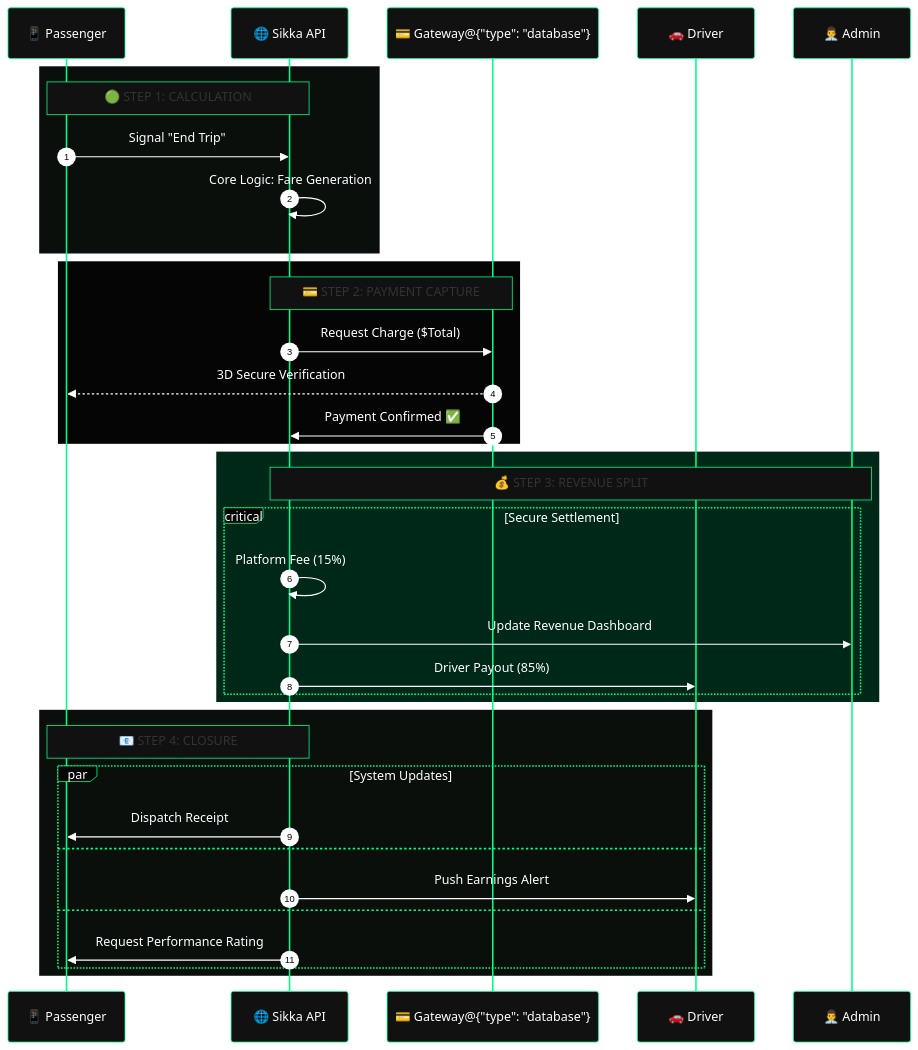
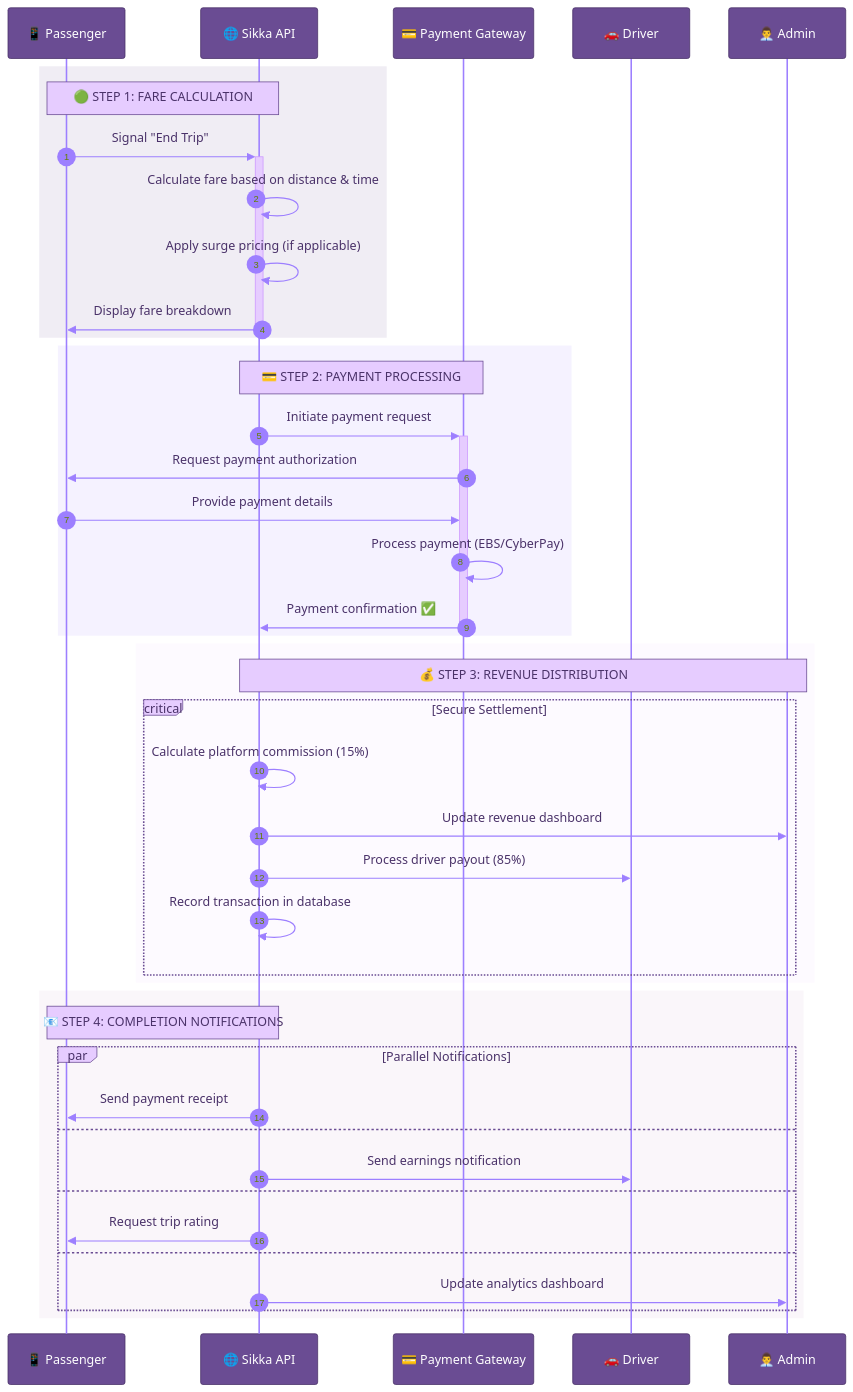
Before and after one commit to abdoElHodaky/transportapp: the third of 3 diagrams in README.md, drawn with Mermaid. The commit also changed other lines of this file and 6 other files, not shown here.

````diff
--- a/README.md
+++ b/README.md
@@ -245,71 +346,79 @@
 ```mermaid
----
-config:
-  theme: base
-  themeVariables:
-    primaryColor: "#050505"
-    primaryTextColor: "#ffffff"
-    primaryBorderColor: "#00ff88"
-    lineColor: "#00ff88"
-    secondaryColor: "#00ff88"
-    tertiaryColor: "#111111"
-    mainBkg: "#050505"
-    nodeBorder: "#00ff88"
-    actorBkg: "#111111"
-    actorBorder: "#00ff88"
-    actorTextColor: "#ffffff"
-    actorFontSize: "22px"
-    noteBkgColor: "#111111"
-    noteBorderColor: "#00ff88"
-    noteFontSize: "20px"
-    messageFontSize: "19px"
-    sequenceNumberColor: "#050505"
-    labelBoxBkgColor: "#050505"
-    labelBoxBorderColor: "#00ff88"
----
+%%{init: {
+  'theme': 'base',
+  'themeVariables': {
+    'primaryColor': '#6A4C93',
+    'primaryTextColor': '#ffffff',
+    'primaryBorderColor': '#4a3269',
+    'lineColor': '#9D7FFF',
+    'secondaryColor': '#E6CCFF',
+    'tertiaryColor': '#C8A2C8',
+    'background': '#ffffff',
+    'actorBkg': '#6A4C93',
+    'actorBorder': '#4a3269',
+    'actorTextColor': '#ffffff',
+    'actorLineColor': '#9D7FFF',
+    'signalColor': '#9D7FFF',
+    'signalTextColor': '#4a3269',
+    'labelBoxBkgColor': '#E6CCFF',
+    'labelBoxBorderColor': '#6A4C93',
+    'labelTextColor': '#4a3269',
+    'loopTextColor': '#4a3269',
+    'noteBkgColor': '#E6CCFF',
+    'noteBorderColor': '#6A4C93',
+    'noteTextColor': '#4a3269'
+  }
+}}%%
 sequenceDiagram
     autonumber
     
     participant P as 📱 Passenger
     participant S as 🌐 Sikka API
-    participant G as 💳 Gateway@{"type": "database"}
+    participant G as 💳 Payment Gateway
     participant D as 🚗 Driver
     participant A as 👨‍💼 Admin
 
-    %% PHASE 1
-    rect rgb(10, 15, 12)
-        Note over P, S: 🟢 STEP 1: CALCULATION
-        P->>S: Signal "End Trip"
-        S->>S: Core Logic: Fare Generation
+    %% PHASE 1: Trip Completion & Fare Calculation
+    rect rgba(106, 76, 147, 0.1)
+        Note over P, S: 🟢 STEP 1: FARE CALCULATION
+        P->>+S: Signal "End Trip"
+        S->>S: Calculate fare based on distance & time
+        S->>S: Apply surge pricing (if applicable)
+        S->>-P: Display fare breakdown
     end
 
-    %% PHASE 2
-    rect rgb(5, 5, 5)
-        Note over S, G: 💳 STEP 2: PAYMENT CAPTURE
-        S->>G: Request Charge ($Total)
-        G-->>P: 3D Secure Verification
-        G->>S: Payment Confirmed ✅
+    %% PHASE 2: Payment Processing
+    rect rgba(157, 127, 255, 0.1)
+        Note over S, G: 💳 STEP 2: PAYMENT PROCESSING
+        S->>+G: Initiate payment request
+        G->>P: Request payment authorization
+        P->>G: Provide payment details
+        G->>G: Process payment (EBS/CyberPay)
+        G->>-S: Payment confirmation ✅
     end
 
-    %% PHASE 3
-    rect rgb(0, 40, 25)
-        Note over S, A: 💰 STEP 3: REVENUE SPLIT
+    %% PHASE 3: Revenue Distribution
+    rect rgba(230, 204, 255, 0.1)
+        Note over S, A: 💰 STEP 3: REVENUE DISTRIBUTION
         critical Secure Settlement
-            S->>S: Platform Fee (15%)
-            S->>A: Update Revenue Dashboard
-            S->>D: Driver Payout (85%)
+            S->>S: Calculate platform commission (15%)
+            S->>A: Update revenue dashboard
+            S->>D: Process driver payout (85%)
+            S->>S: Record transaction in database
         end
     end
 
-    %% PHASE 4
-    rect rgb(10, 15, 12)
-        Note over S, P: 📧 STEP 4: CLOSURE
-        par System Updates
-            S->>P: Dispatch Receipt
+    %% PHASE 4: Post-Payment Actions
+    rect rgba(200, 162, 200, 0.1)
+        Note over S, P: 📧 STEP 4: COMPLETION NOTIFICATIONS
+        par Parallel Notifications
+            S->>P: Send payment receipt
         and
-            S->>D: Push Earnings Alert
+            S->>D: Send earnings notification
         and
-            S->>P: Request Performance Rating
+            S->>P: Request trip rating
+        and
+            S->>A: Update analytics dashboard
         end
     end
 ```
````
